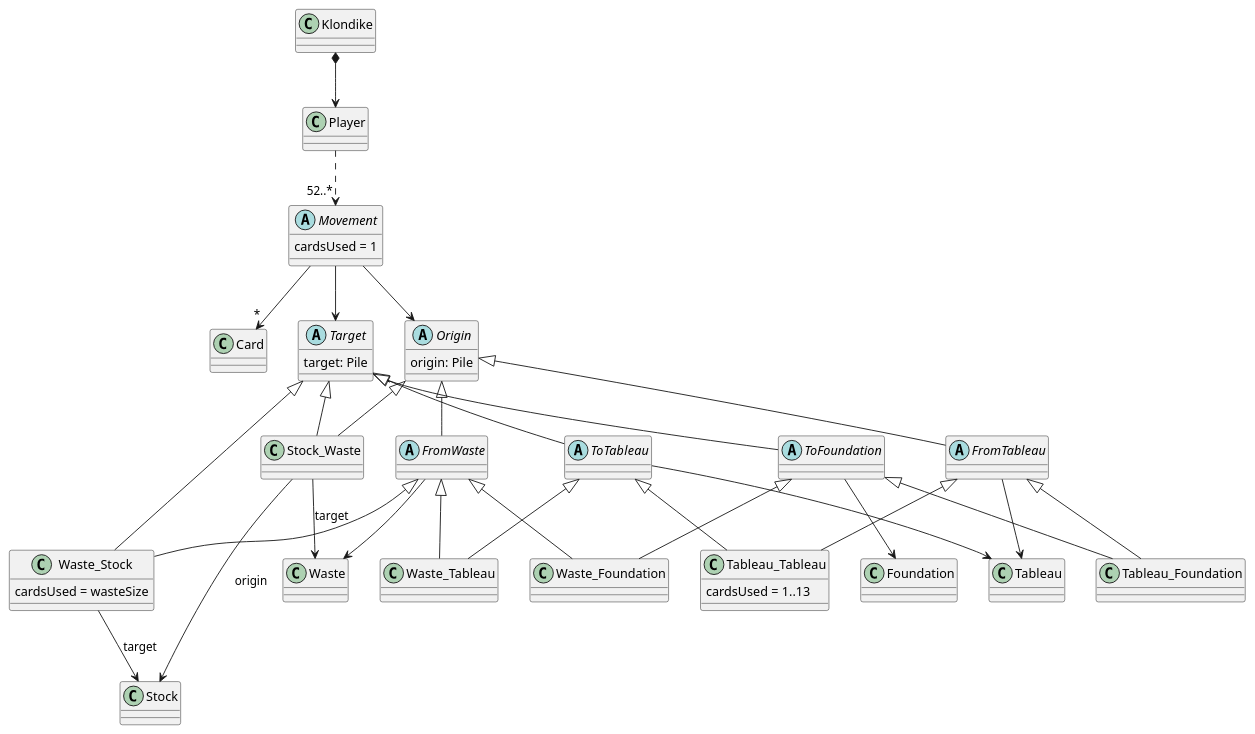
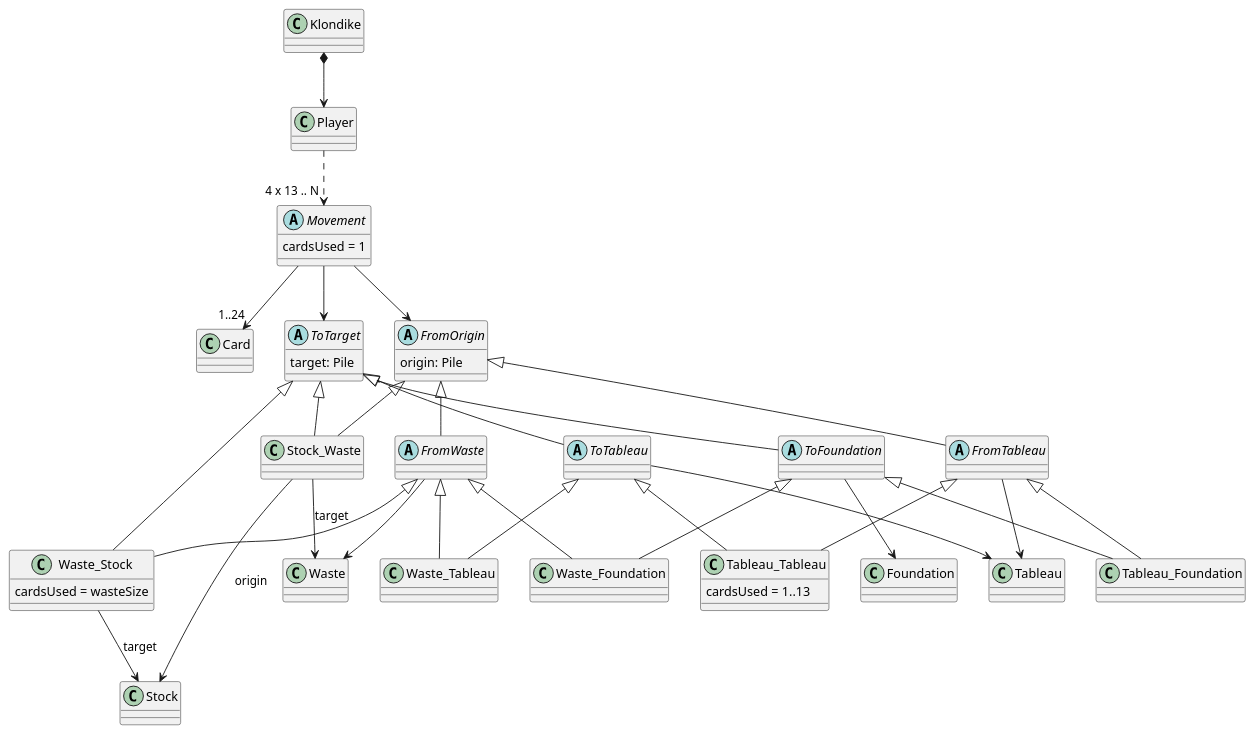
Before and after one commit to PabloMartinFluvia/IT-School: the diagram in MPDS/Klondike/docs/src/domain model events.plantuml, drawn with PlantUML. The commit also changed 8 other files, not shown here.

```diff
--- a/MPDS/Klondike/docs/src/domain model events.plantuml
+++ b/MPDS/Klondike/docs/src/domain model events.plantuml
@@ -1,79 +1,79 @@
 @startuml
 
 class Klondike
 class Player
 
 class Stock
 class Waste
 class Tableau
 class Foundation
 
 class Card
 
 Klondike *-down-> Player
-Player .down.> "52..*" Movement
+Player .down.> "4 x 13 .. N" Movement
 
 abstract class Movement{
     cardsUsed = 1
 }
 
-Movement -down-> Origin
-Movement -down-> Target
-Movement -down-> "*" Card
+Movement -down-> FromOrigin
+Movement -down-> ToTarget
+Movement -down-> "1..24" Card
 
-abstract class Origin{
+abstract class FromOrigin{
     origin: Pile
 }
 
-abstract class Target{
+abstract class ToTarget{
     target: Pile
 }
 
 abstract class FromWaste
-Origin <|-down- FromWaste
+FromOrigin <|-down- FromWaste
 FromWaste -down-> Waste
 
 abstract class ToFoundation
-Target <|-down- ToFoundation
+ToTarget <|-down- ToFoundation
 ToFoundation -down-> Foundation
 
 abstract class FromTableau
-Origin <|-down- FromTableau
+FromOrigin <|-down- FromTableau
 FromTableau -down-> Tableau
 
 abstract class ToTableau
-Target <|-down- ToTableau
+ToTarget <|-down- ToTableau
 ToTableau -down-> Tableau
 
 class Stock_Waste
-Origin <|-down- Stock_Waste
-Target <|-down- Stock_Waste
+FromOrigin <|-down- Stock_Waste
+ToTarget <|-down- Stock_Waste
 Stock_Waste -down-> Stock : origin
 Stock_Waste -down-> Waste : target
 
 class Waste_Stock{
     cardsUsed = wasteSize
 }
 FromWaste <|-down- Waste_Stock
-Target <|-down- Waste_Stock
+ToTarget <|-down- Waste_Stock
 Waste_Stock -down-> Stock : target
 
 class Waste_Tableau
 FromWaste <|-down- Waste_Tableau
 ToTableau <|-down- Waste_Tableau
 
 class Waste_Foundation
 FromWaste <|-down- Waste_Foundation
 ToFoundation <|-down- Waste_Foundation
 
 class Tableau_Foundation
 ToFoundation <|-down- Tableau_Foundation
 FromTableau <|-down- Tableau_Foundation
 
 class Tableau_Tableau{
     cardsUsed = 1..13
 }
 FromTableau <|-down- Tableau_Tableau
 ToTableau <|-down- Tableau_Tableau
 
 @enduml
```
